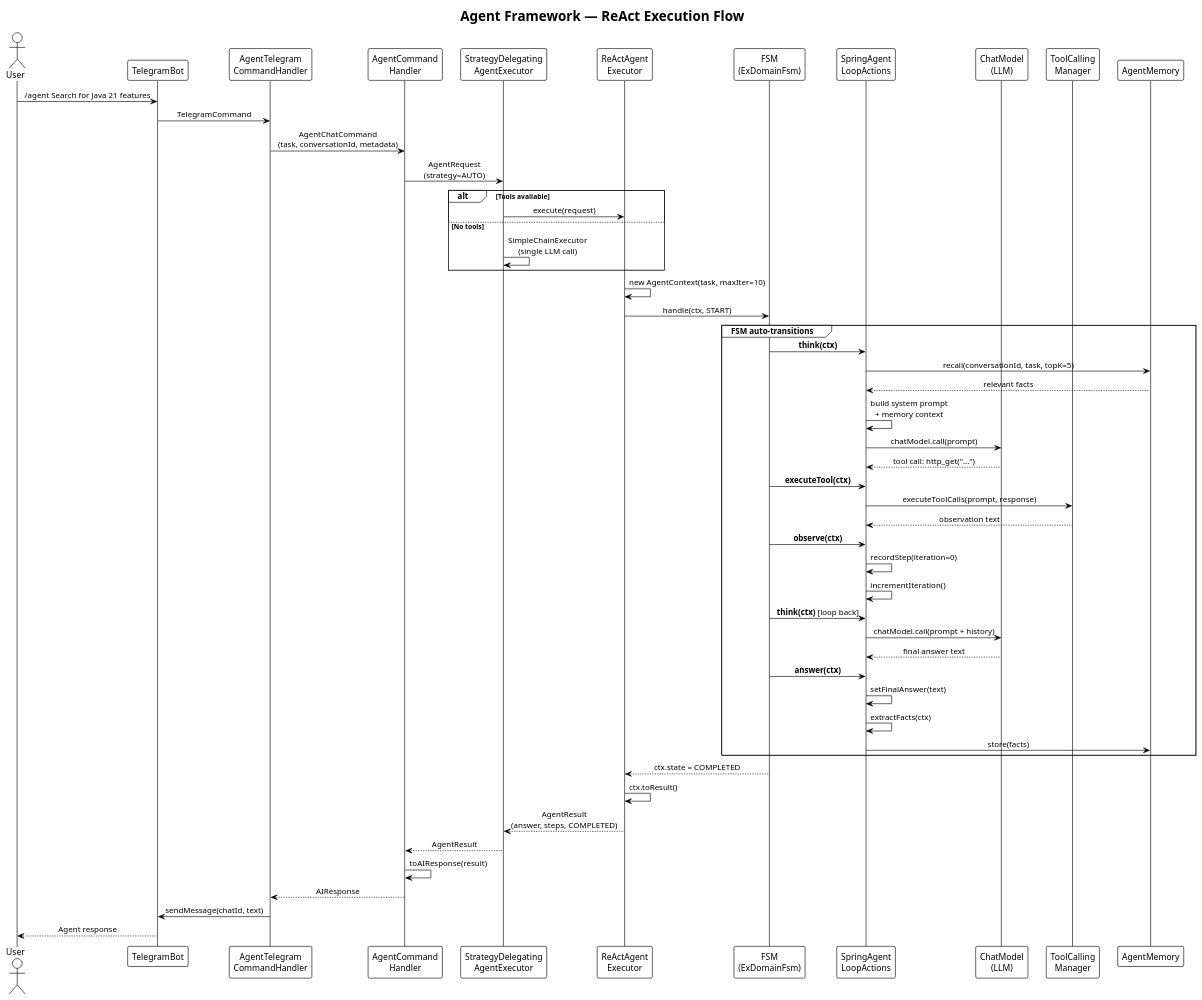
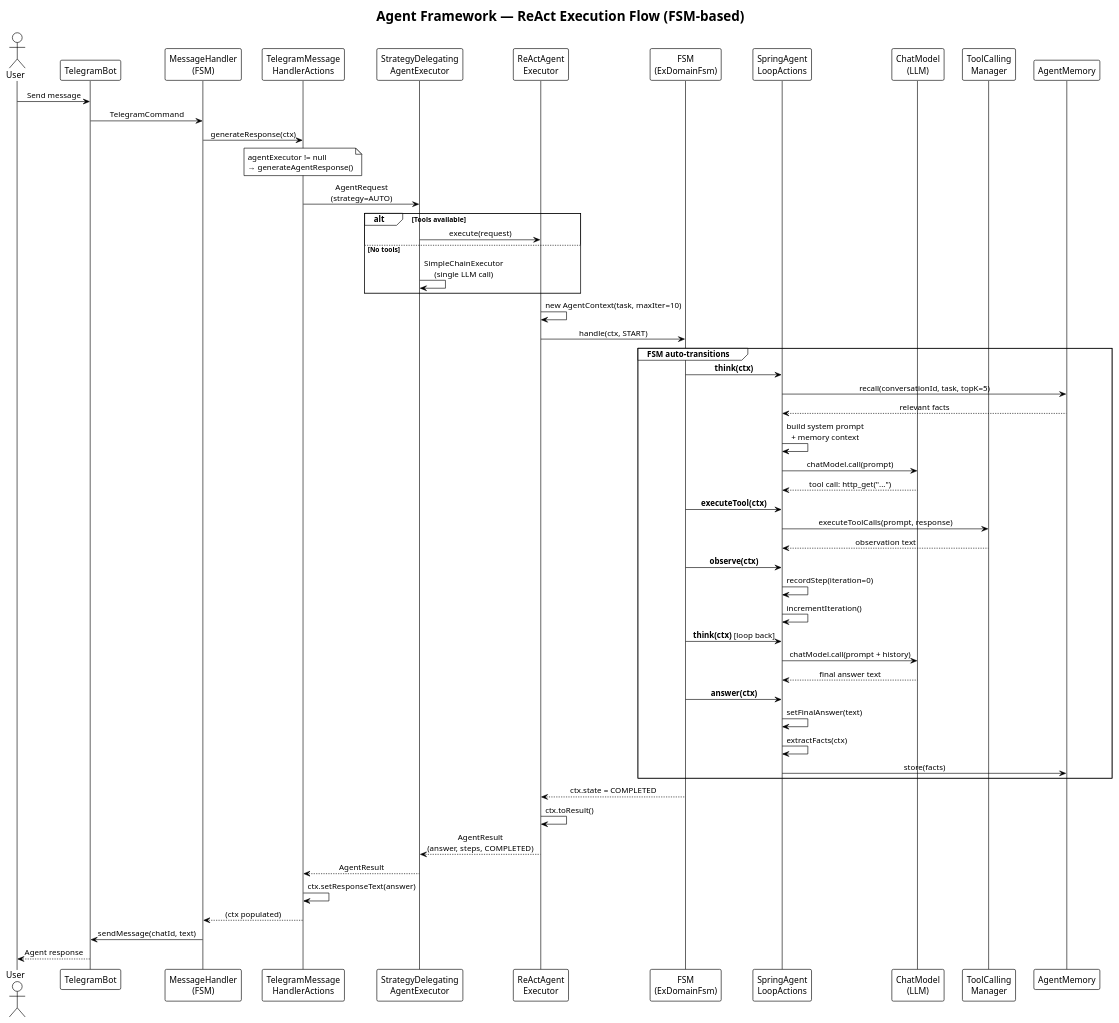
The diagram in docs/agent-sequence.puml (NGirchev/open-daimon), drawn with PlantUML before and after one commit. The commit also changed 17 other files, not shown here.

```diff
--- a/docs/agent-sequence.puml
+++ b/docs/agent-sequence.puml
@@ -1,69 +1,72 @@
 @startuml Agent ReAct Execution Sequence
 !theme plain
 skinparam backgroundColor white
 skinparam sequenceMessageAlign center
 
-title Agent Framework — ReAct Execution Flow
+title Agent Framework — ReAct Execution Flow (FSM-based)
 
 actor User
 participant "TelegramBot" as Bot
-participant "AgentTelegram\nCommandHandler" as TgHandler
-participant "AgentCommand\nHandler" as CmdHandler
+participant "MessageHandler\n(FSM)" as MsgHandler
+participant "TelegramMessage\nHandlerActions" as Actions
 participant "StrategyDelegating\nAgentExecutor" as Strategy
 participant "ReActAgent\nExecutor" as ReAct
 participant "FSM\n(ExDomainFsm)" as FSM
-participant "SpringAgent\nLoopActions" as Actions
+participant "SpringAgent\nLoopActions" as LoopActions
 participant "ChatModel\n(LLM)" as LLM
 participant "ToolCalling\nManager" as Tools
 participant "AgentMemory" as Memory
 
-User -> Bot: /agent Search for Java 21 features
-Bot -> TgHandler: TelegramCommand
-TgHandler -> CmdHandler: AgentChatCommand\n(task, conversationId, metadata)
-CmdHandler -> Strategy: AgentRequest\n(strategy=AUTO)
+User -> Bot: Send message
+Bot -> MsgHandler: TelegramCommand
+MsgHandler -> Actions: generateResponse(ctx)
+
+note over Actions: agentExecutor != null\n→ generateAgentResponse()
+
+Actions -> Strategy: AgentRequest\n(strategy=AUTO)
 
 alt Tools available
     Strategy -> ReAct: execute(request)
 else No tools
     Strategy -> Strategy: SimpleChainExecutor\n(single LLM call)
 end
 
 ReAct -> ReAct: new AgentContext(task, maxIter=10)
 ReAct -> FSM: handle(ctx, START)
 
 group FSM auto-transitions
-    FSM -> Actions: **think(ctx)**
-    Actions -> Memory: recall(conversationId, task, topK=5)
-    Memory --> Actions: relevant facts
-    Actions -> Actions: build system prompt\n+ memory context
-    Actions -> LLM: chatModel.call(prompt)
-    LLM --> Actions: tool call: http_get("...")
+    FSM -> LoopActions: **think(ctx)**
+    LoopActions -> Memory: recall(conversationId, task, topK=5)
+    Memory --> LoopActions: relevant facts
+    LoopActions -> LoopActions: build system prompt\n+ memory context
+    LoopActions -> LLM: chatModel.call(prompt)
+    LLM --> LoopActions: tool call: http_get("...")
 
-    FSM -> Actions: **executeTool(ctx)**
-    Actions -> Tools: executeToolCalls(prompt, response)
-    Tools --> Actions: observation text
+    FSM -> LoopActions: **executeTool(ctx)**
+    LoopActions -> Tools: executeToolCalls(prompt, response)
+    Tools --> LoopActions: observation text
 
-    FSM -> Actions: **observe(ctx)**
-    Actions -> Actions: recordStep(iteration=0)
-    Actions -> Actions: incrementIteration()
+    FSM -> LoopActions: **observe(ctx)**
+    LoopActions -> LoopActions: recordStep(iteration=0)
+    LoopActions -> LoopActions: incrementIteration()
 
-    FSM -> Actions: **think(ctx)** [loop back]
-    Actions -> LLM: chatModel.call(prompt + history)
-    LLM --> Actions: final answer text
+    FSM -> LoopActions: **think(ctx)** [loop back]
+    LoopActions -> LLM: chatModel.call(prompt + history)
+    LLM --> LoopActions: final answer text
 
-    FSM -> Actions: **answer(ctx)**
-    Actions -> Actions: setFinalAnswer(text)
-    Actions -> Actions: extractFacts(ctx)
-    Actions -> Memory: store(facts)
+    FSM -> LoopActions: **answer(ctx)**
+    LoopActions -> LoopActions: setFinalAnswer(text)
+    LoopActions -> LoopActions: extractFacts(ctx)
+    LoopActions -> Memory: store(facts)
 end
 
 FSM --> ReAct: ctx.state = COMPLETED
 ReAct -> ReAct: ctx.toResult()
 ReAct --> Strategy: AgentResult\n(answer, steps, COMPLETED)
-Strategy --> CmdHandler: AgentResult
-CmdHandler -> CmdHandler: toAIResponse(result)
-CmdHandler --> TgHandler: AIResponse
-TgHandler -> Bot: sendMessage(chatId, text)
+Strategy --> Actions: AgentResult
+Actions -> Actions: ctx.setResponseText(answer)
+Actions --> MsgHandler: (ctx populated)
+MsgHandler -> Bot: sendMessage(chatId, text)
 Bot --> User: Agent response
 
 @enduml
```
